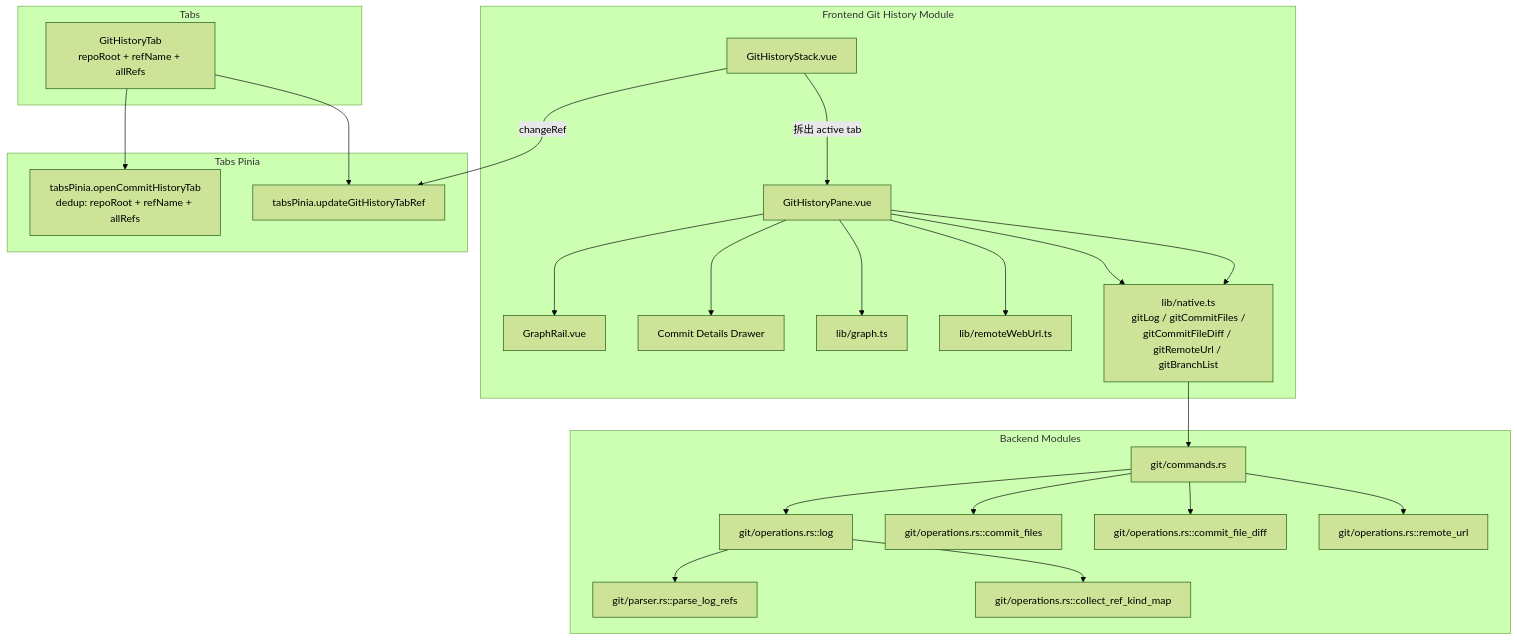
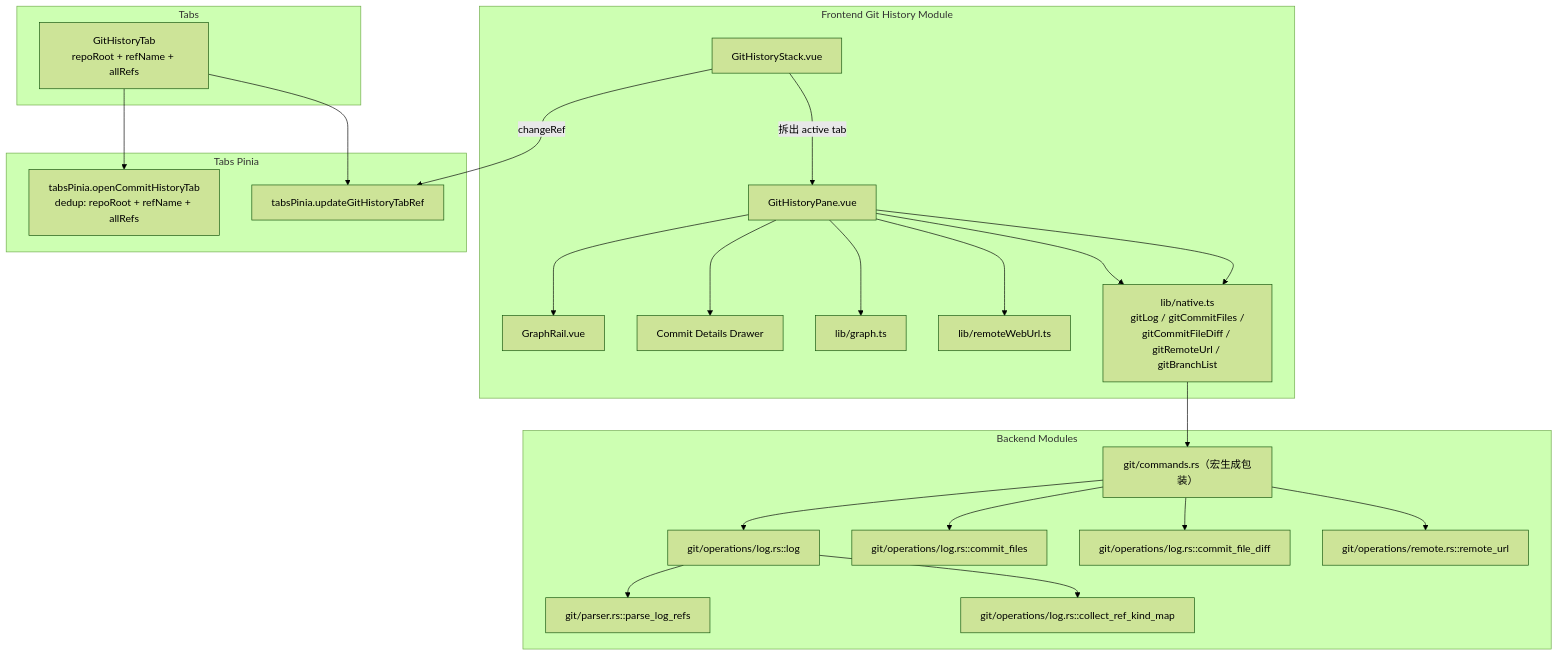
Before and after one commit to xinggaoya/nexterm: the diagram in docs/architecture/git-history/detailed-design.md, drawn with Mermaid (forest theme). The commit also changed other lines of this file and 15 other files, not shown here.

First line of the commit message:
docs(architecture): 全面同步模块文档与实现现状

````diff
--- a/docs/architecture/git-history/detailed-design.md
+++ b/docs/architecture/git-history/detailed-design.md
@@ -7,35 +7,35 @@
 ```mermaid
 graph TB
     subgraph "Tabs"
         T[GitHistoryTab<br/>repoRoot + refName + allRefs]
     end
 
     subgraph "Frontend Git History Module"
         A[GitHistoryStack.vue] -->|拆出 active tab| B[GitHistoryPane.vue]
         B --> C[GraphRail.vue]
         B --> D[Commit Details Drawer]
         B --> E[lib/graph.ts]
         B --> F[lib/remoteWebUrl.ts]
         B --> G[lib/native.ts<br/>gitLog / gitCommitFiles /<br/>gitCommitFileDiff / gitRemoteUrl / gitBranchList]
     end
 
     subgraph "Backend Modules"
-        H[git/commands.rs] --> I[git/operations.rs::log]
+        H[git/commands.rs（宏生成包装）] --> I[git/operations/log.rs::log]
         I --> J[git/parser.rs::parse_log_refs]
-        I --> K[git/operations.rs::collect_ref_kind_map]
-        H --> L[git/operations.rs::commit_files]
-        H --> M[git/operations.rs::commit_file_diff]
-        H --> N[git/operations.rs::remote_url]
+        I --> K[git/operations/log.rs::collect_ref_kind_map]
+        H --> L[git/operations/log.rs::commit_files]
+        H --> M[git/operations/log.rs::commit_file_diff]
+        H --> N[git/operations/remote.rs::remote_url]
     end
 
     subgraph "Tabs Pinia"
         O[tabsPinia.openCommitHistoryTab<br/>dedup: repoRoot + refName + allRefs]
         P[tabsPinia.updateGitHistoryTabRef]
     end
 
     T --> O
     T --> P
     A -->|changeRef| P
     B --> G
     G --> H
 ```
````
